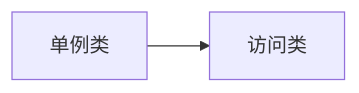
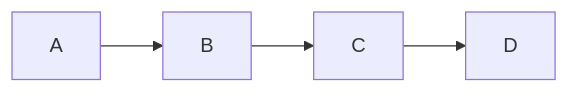
Before and after one commit to FourteenDP/Note: the diagram in 技术/设计模式/模式/单例模式(Singleton).md, drawn with Mermaid. The commit also changed other lines of this file and 1 other file, not shown here.

Commit message:
vault backup: 2023-03-02 15:50:29
Affected files:
.obsidian/plugins/obsidian-activity-history/data.json
技术/设计模式/模式/单例模式(Singleton).md

````diff
--- a/技术/设计模式/模式/单例模式(Singleton).md
+++ b/技术/设计模式/模式/单例模式(Singleton).md
@@ -15,4 +19,7 @@
 ```mermaid
 graph LR
-A[单例类] --> B[访问类]
+A --> B
+B --> C
+C --> D
+
 ```
````
